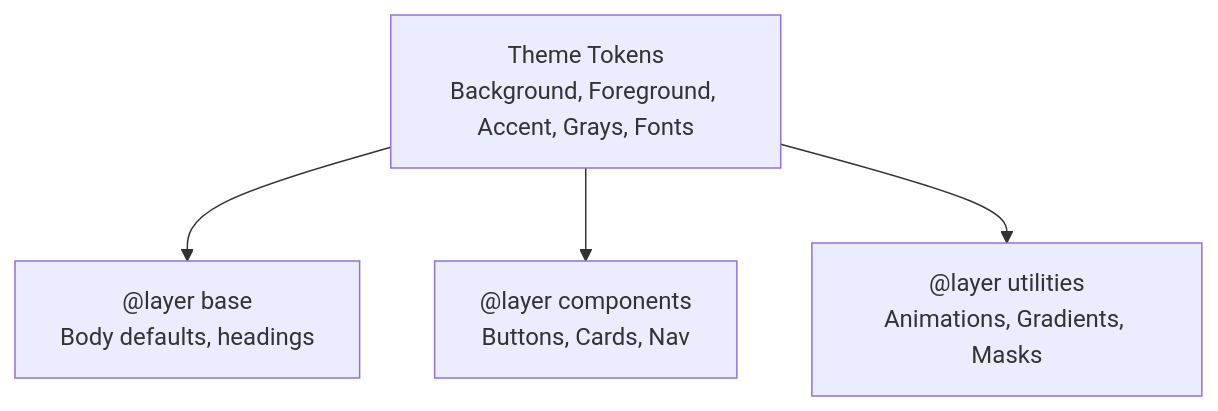
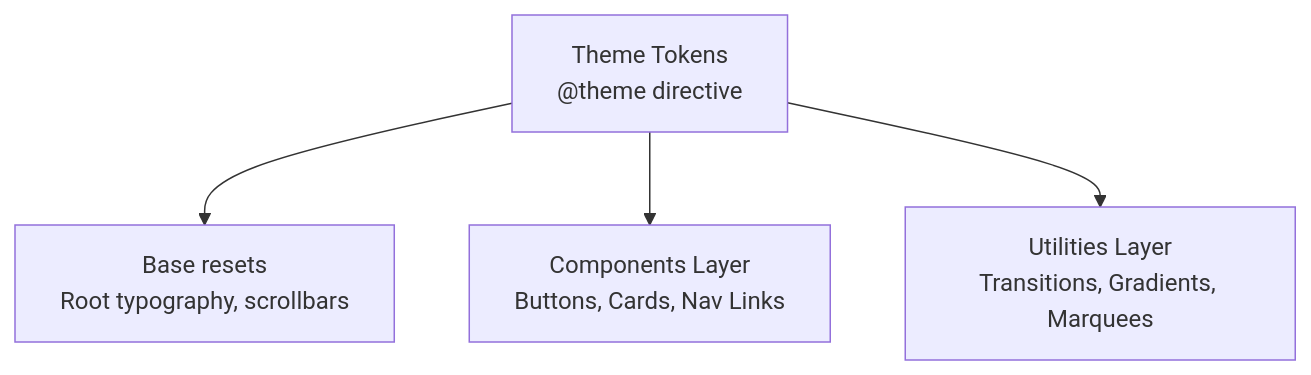
Before and after one commit to algorithmsEvolve/momentoclient-fe: the second of 2 diagrams in docs/en/content/Styling & Theming Strategy.md, drawn with Mermaid. The commit also changed other lines of this file and 14 other files, not shown here.

````diff
--- a/docs/en/content/Styling & Theming Strategy.md
+++ b/docs/en/content/Styling & Theming Strategy.md
@@ -109,10 +65,6 @@
 ```mermaid
 graph TB
-TOKENS["Theme Tokens<br/>Background, Foreground, Accent, Grays, Fonts"]
-BASE["@layer base<br/>Body defaults, headings"]
-COMPONENTS["@layer components<br/>Buttons, Cards, Nav"]
-UTILITIES["@layer utilities<br/>Animations, Gradients, Masks"]
-TOKENS --> BASE
-TOKENS --> COMPONENTS
-TOKENS --> UTILITIES
+TOKENS["Theme Tokens<br/>@theme directive"] --> BASE["Base resets<br/>Root typography, scrollbars"]
+TOKENS --> COMPONENTS["Components Layer<br/>Buttons, Cards, Nav Links"]
+TOKENS --> UTILITIES["Utilities Layer<br/>Transitions, Gradients, Marquees"]
 ```
````
